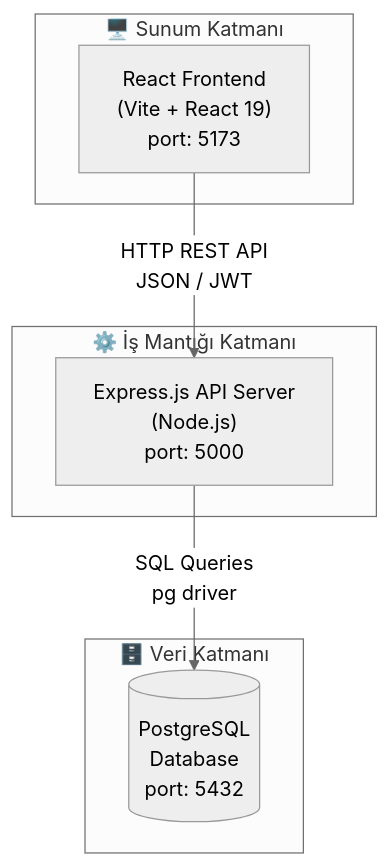
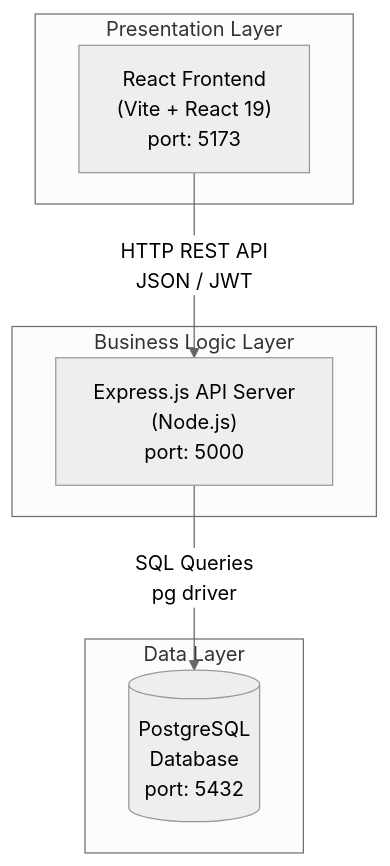
The diagram in docs/architecture/SDD_v1.md (beyzadegirmenci/LifeSync), drawn with Mermaid (neutral theme) before and after one commit. The commit also changed other lines of this file, not shown here.

````diff
--- a/docs/architecture/SDD_v1.md
+++ b/docs/architecture/SDD_v1.md
@@ -55,17 +54,17 @@
 ```mermaid
 graph TB
-    subgraph PL["🖥️ Sunum Katmanı"]
+    subgraph PL["Presentation Layer"]
         FE["React Frontend\n(Vite + React 19)\nport: 5173"]
     end
 
-    subgraph BL["⚙️ İş Mantığı Katmanı"]
+    subgraph BL["Business Logic Layer"]
         BE["Express.js API Server\n(Node.js)\nport: 5000"]
     end
 
-    subgraph DL["🗄️ Veri Katmanı"]
+    subgraph DL["Data Layer"]
         DB[("PostgreSQL\nDatabase\nport: 5432")]
     end
 
     FE -->|"HTTP REST API\nJSON / JWT"| BE
     BE -->|"SQL Queries\npg driver"| DB
 ```
````
